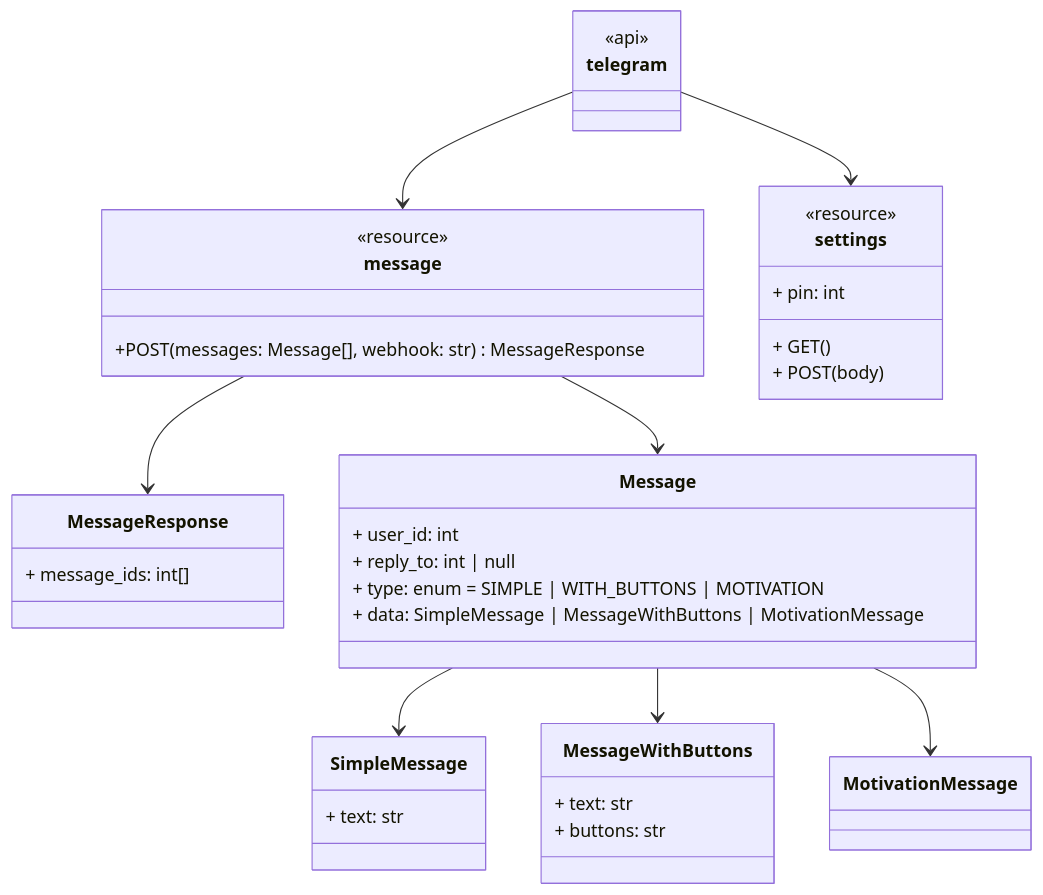
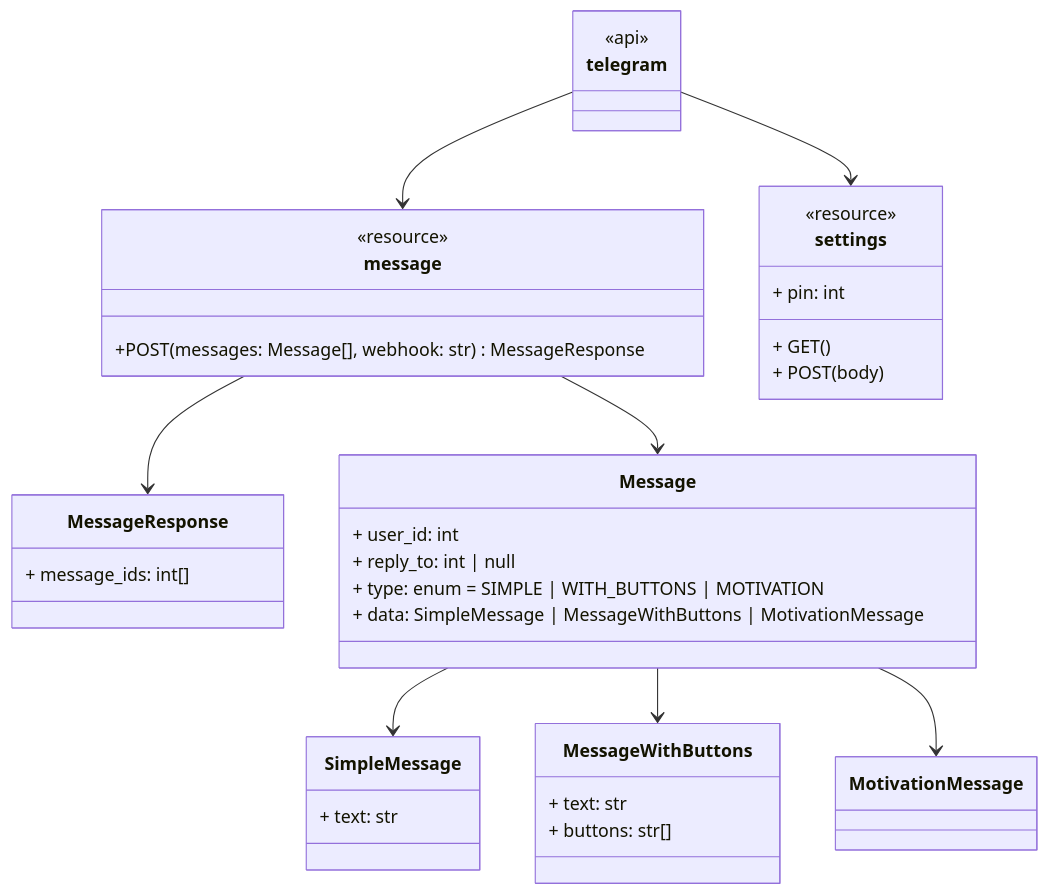
The third of 5 diagrams in st.md (PluxCo/tp-web), drawn with Mermaid before and after one commit. The commit also changed other lines of this file and 5 other files, not shown here.

````diff
--- a/st.md
+++ b/st.md
@@ -72,40 +95,40 @@
 ```mermaid
 classDiagram
     class message {
         +POST(messages: Message[], webhook: str) MessageResponse
     }
     class MessageResponse {
         + message_ids: int[]
     }
     class Message {
         + user_id: int
         + reply_to: int | null
         + type: enum = SIMPLE | WITH_BUTTONS | MOTIVATION
         + data: SimpleMessage | MessageWithButtons | MotivationMessage
     }
     class SimpleMessage {
         + text: str
     }
     class MessageWithButtons {
         + text: str
-        + buttons: str
+        + buttons: str[]
     }
     class MotivationMessage {
     }
     class settings {
         + pin: int
         + GET()
         + POST(body)
     }
 
     telegram --> message
     message --> Message
     Message --> SimpleMessage
     Message --> MessageWithButtons
     Message --> MotivationMessage
     message --> MessageResponse
     telegram --> settings
     <<api>> telegram
     <<resource>> message
     <<resource>> settings
 ```
````
